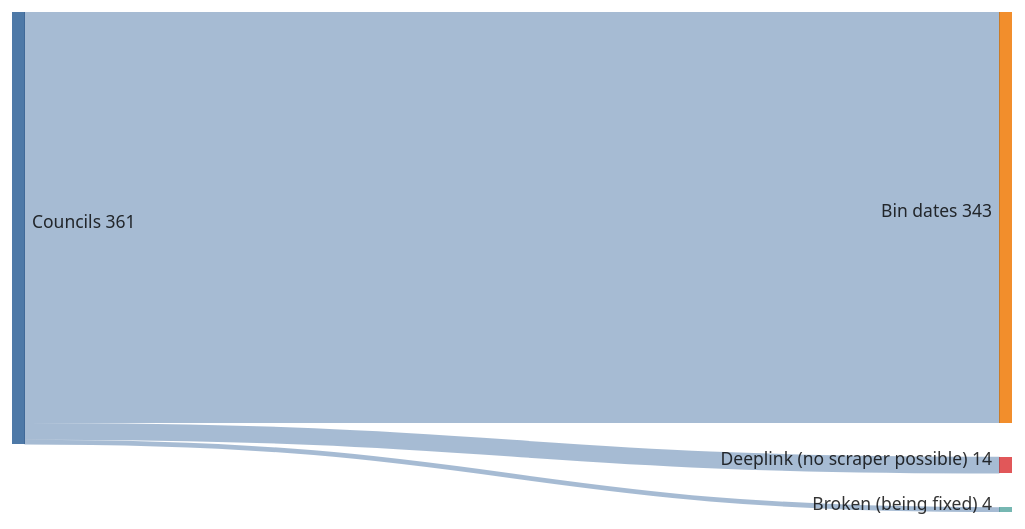
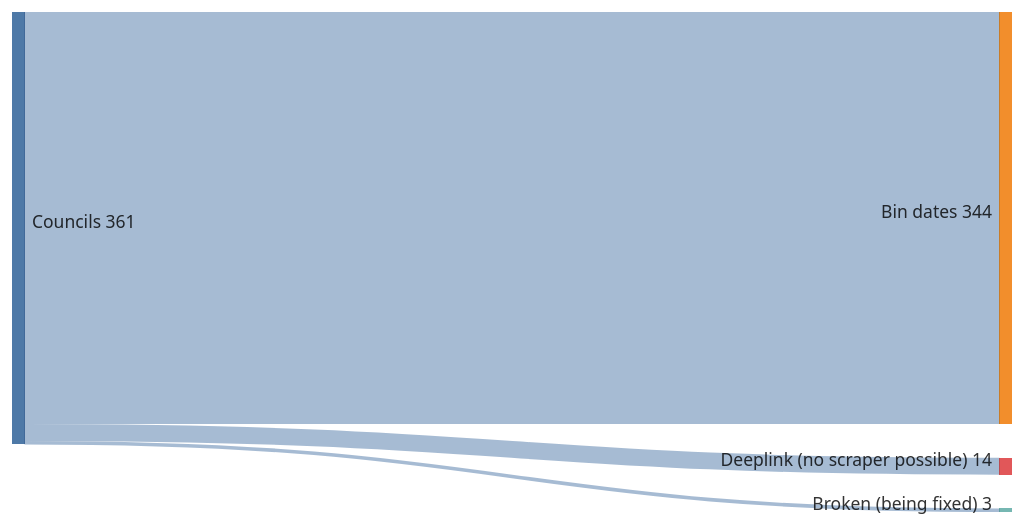
One commit to cmbsteinberg/ukbinday changed the diagram in README.md. Above: the diagram before and after it, drawn with Mermaid. The commit also changed other lines of this file and 5 other files, not shown here.

First line of the commit message:
Live run after the tidy-up: 344/361 councils with bin dates

````diff
--- a/README.md
+++ b/README.md
@@ -12,15 +12,15 @@
 ```mermaid
 ---
 config:
   sankey:
     width: 800
     height: 400
     linkColor: source
     nodeAlignment: left
 ---
 sankey-beta
 
-"Councils","Bin dates",343
+"Councils","Bin dates",344
 "Councils","Deeplink (no scraper possible)",14
-"Councils","Broken (being fixed)",4
+"Councils","Broken (being fixed)",3
 ```
````
